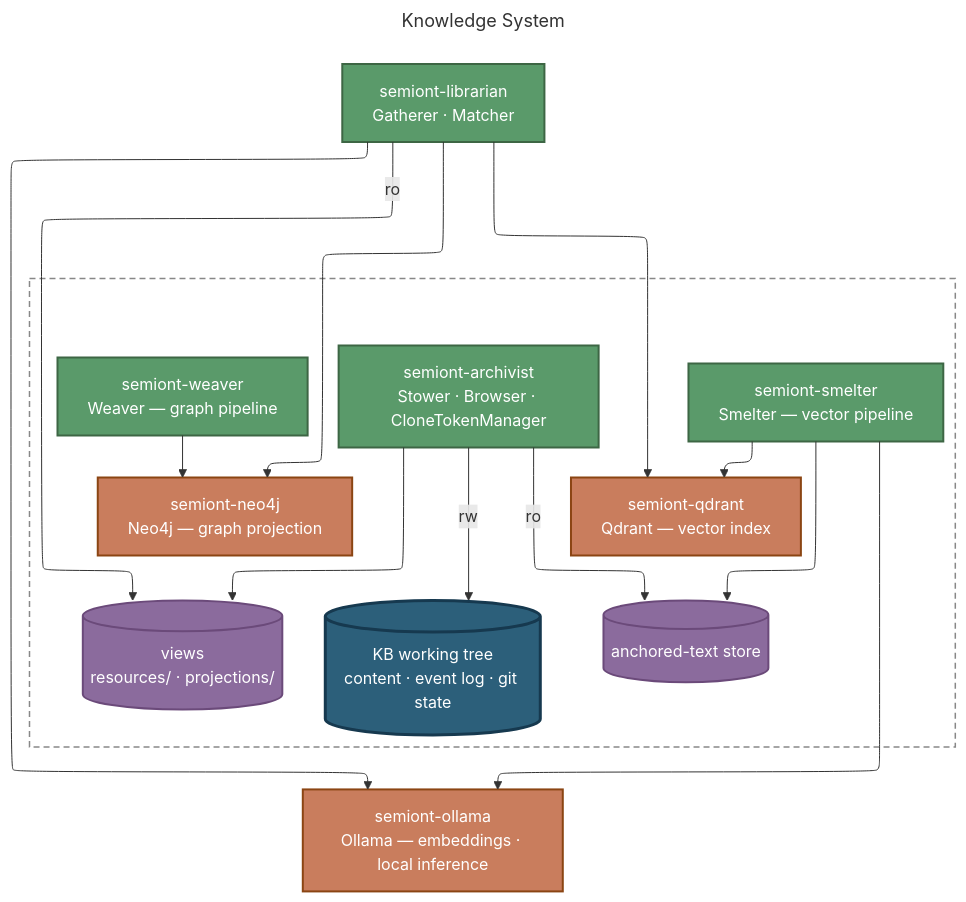
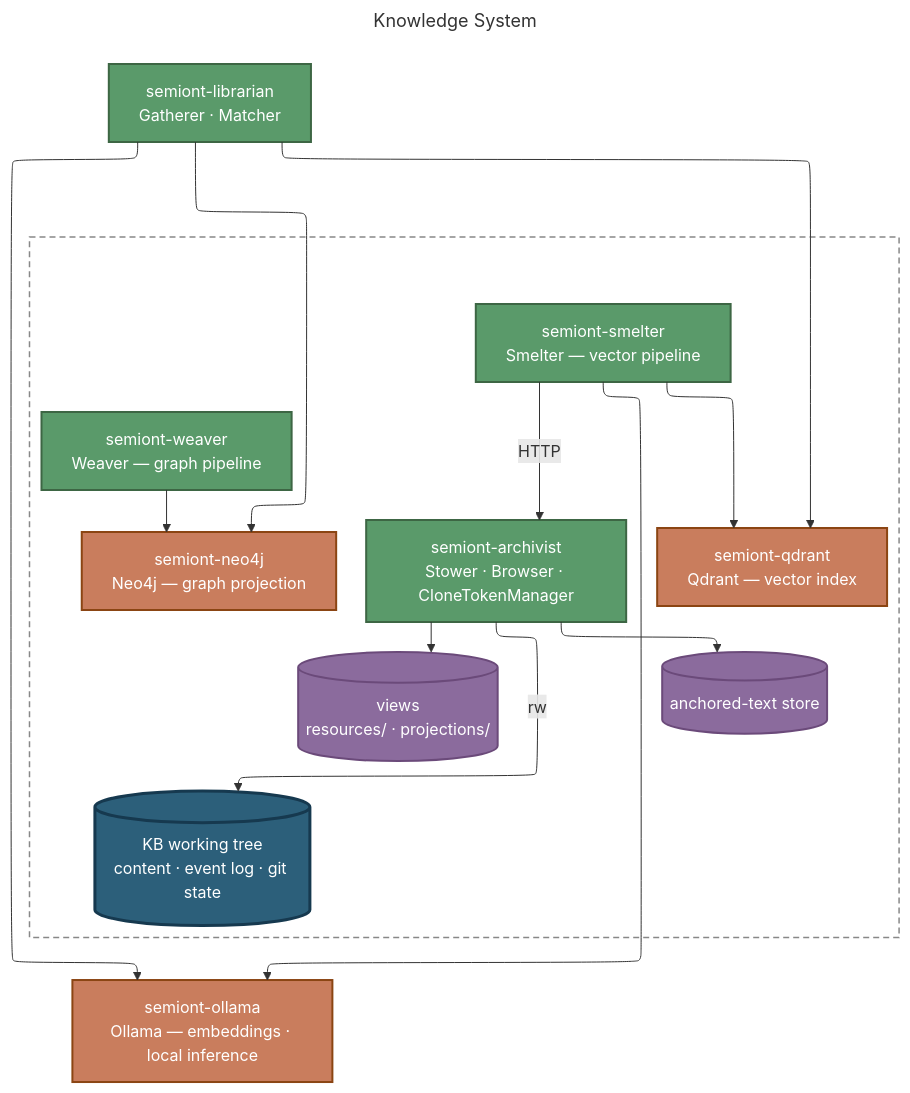
Before and after one commit to The-AI-Alliance/semiont: the diagram in docs/architecture/KNOWLEDGE-SYSTEM.md, drawn with Mermaid. The commit also changed other lines of this file and 16 other files, not shown here.

````diff
--- a/docs/architecture/KNOWLEDGE-SYSTEM.md
+++ b/docs/architecture/KNOWLEDGE-SYSTEM.md
@@ -25,55 +25,54 @@
 ```mermaid
 ---
 title: Knowledge System
 config:
   layout: elk
 ---
 graph TB
     LIB["semiont-librarian<br/>Gatherer · Matcher"]
 
     subgraph G2 [" "]
         SMELT["semiont-smelter<br/>Smelter — vector pipeline"]
         WEAVE["semiont-weaver<br/>Weaver — graph pipeline"]
         ARCH["semiont-archivist<br/>Stower · Browser · CloneTokenManager"]
         QD["semiont-qdrant<br/>Qdrant — vector index"]
         NEO["semiont-neo4j<br/>Neo4j — graph projection"]
         ANCH[("anchored-text store")]
         VIEWS[("views<br/>resources/ · projections/")]
         TREE[("KB working tree<br/>content · event log · git state")]
     end
 
     OL["semiont-ollama<br/>Ollama — embeddings · local inference"]
 
     ARCH -->|rw| TREE
     ARCH --> VIEWS
-    LIB -->|ro| VIEWS
-    SMELT --> ANCH
-    ARCH -->|ro| ANCH
+    ARCH --> ANCH
+    SMELT -->|HTTP| ARCH
 
     WEAVE --> NEO
     LIB --> NEO
     SMELT --> QD
     LIB --> QD
     SMELT --> OL
     LIB --> OL
 
     classDef svc fill:#5a9a6a,stroke:#3d6644,stroke-width:2px,color:#fff
     classDef infra fill:#c97d5d,stroke:#8b4513,stroke-width:2px,color:#fff
     classDef store fill:#8b6b9d,stroke:#6b4a7a,stroke-width:2px,color:#fff
     classDef record fill:#2c5f7a,stroke:#16394f,stroke-width:3px,color:#fff
 
     class LIB,SMELT,WEAVE,ARCH svc
     class QD,NEO,OL infra
     class ANCH,VIEWS store
     class TREE record
 
     LIB ~~~ SMELT
     LIB ~~~ WEAVE
     LIB ~~~ ARCH
     TREE ~~~ OL
     NEO ~~~ TREE
     NEO ~~~ VIEWS
     QD ~~~ ANCH
 
     style G2 fill:none,stroke:#888,stroke-width:1.5px,stroke-dasharray:6 4
 ```
````
